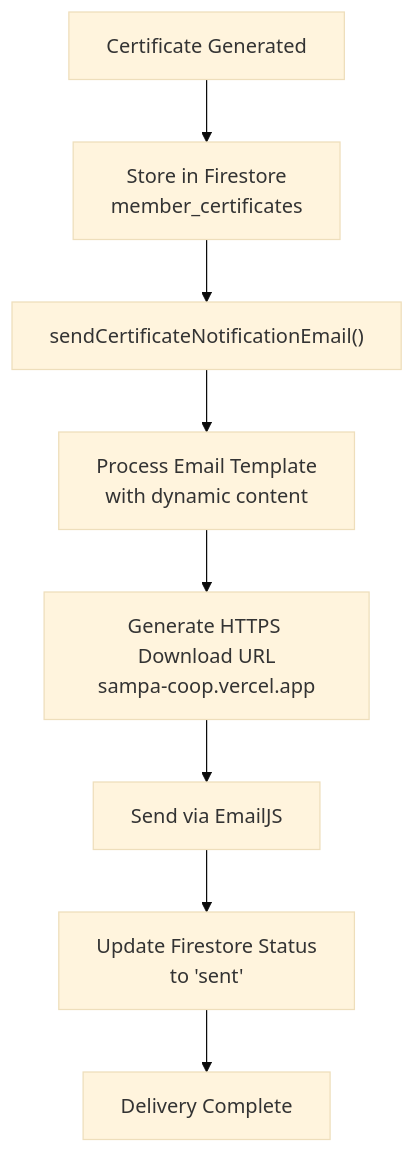
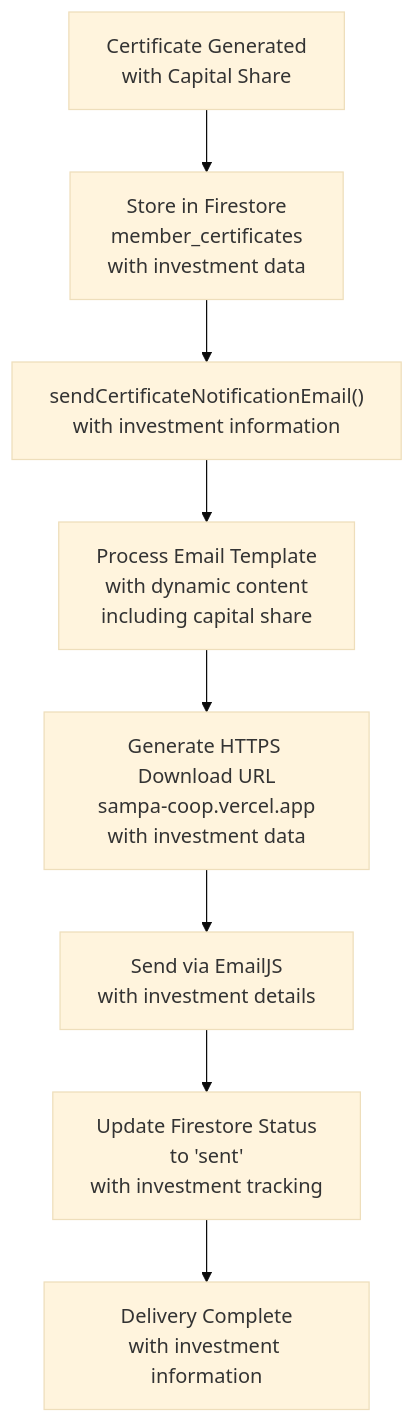
The sixth of 7 diagrams in .qoder/repowiki/en/content/Email & Notification System/Certificate Generation System.md (Unsure-bry/sampacoop_system), drawn with Mermaid (base theme) before and after one commit. The commit also changed other lines of this file and 5 other files, not shown here.

Commit message:
Update for Pending Capital Share Card

````diff
--- a/.qoder/repowiki/en/content/Email & Notification System/Certificate Generation System.md
+++ b/.qoder/repowiki/en/content/Email & Notification System/Certificate Generation System.md
@@ -440,10 +521,10 @@
 ```mermaid
 flowchart TD
-Generate["Certificate Generated"] --> Store["Store in Firestore<br/>member_certificates"]
-Store --> Email["sendCertificateNotificationEmail()"]
-Email --> Template["Process Email Template<br/>with dynamic content"]
-Template --> URL["Generate HTTPS Download URL<br/>sampa-coop.vercel.app"]
-URL --> Send["Send via EmailJS"]
-Send --> Track["Update Firestore Status<br/>to 'sent'"]
-Track --> Complete["Delivery Complete"]
+Generate["Certificate Generated<br/>with Capital Share"] --> Store["Store in Firestore<br/>member_certificates<br/>with investment data"]
+Store --> Email["sendCertificateNotificationEmail()<br/>with investment information"]
+Email --> Template["Process Email Template<br/>with dynamic content<br/>including capital share"]
+Template --> URL["Generate HTTPS Download URL<br/>sampa-coop.vercel.app<br/>with investment data"]
+URL --> Send["Send via EmailJS<br/>with investment details"]
+Send --> Track["Update Firestore Status<br/>to 'sent'<br/>with investment tracking"]
+Track --> Complete["Delivery Complete<br/>with investment information"]
 ```
````
